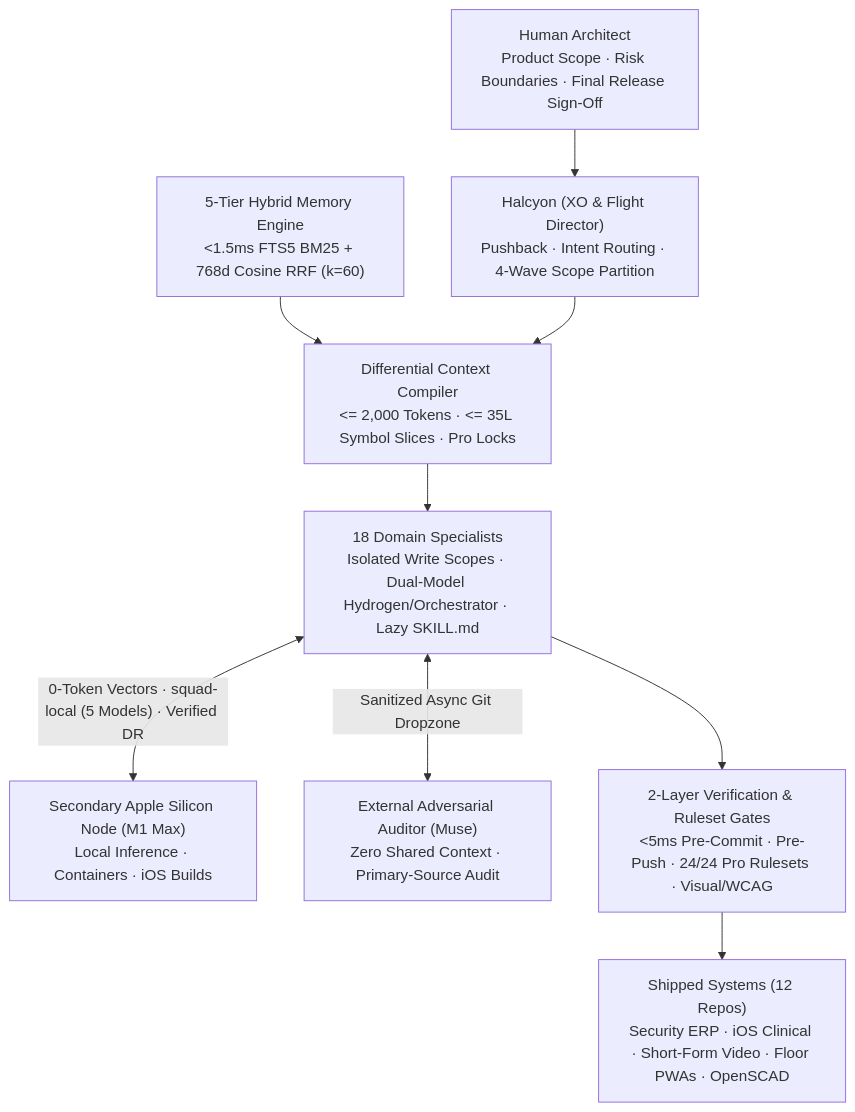
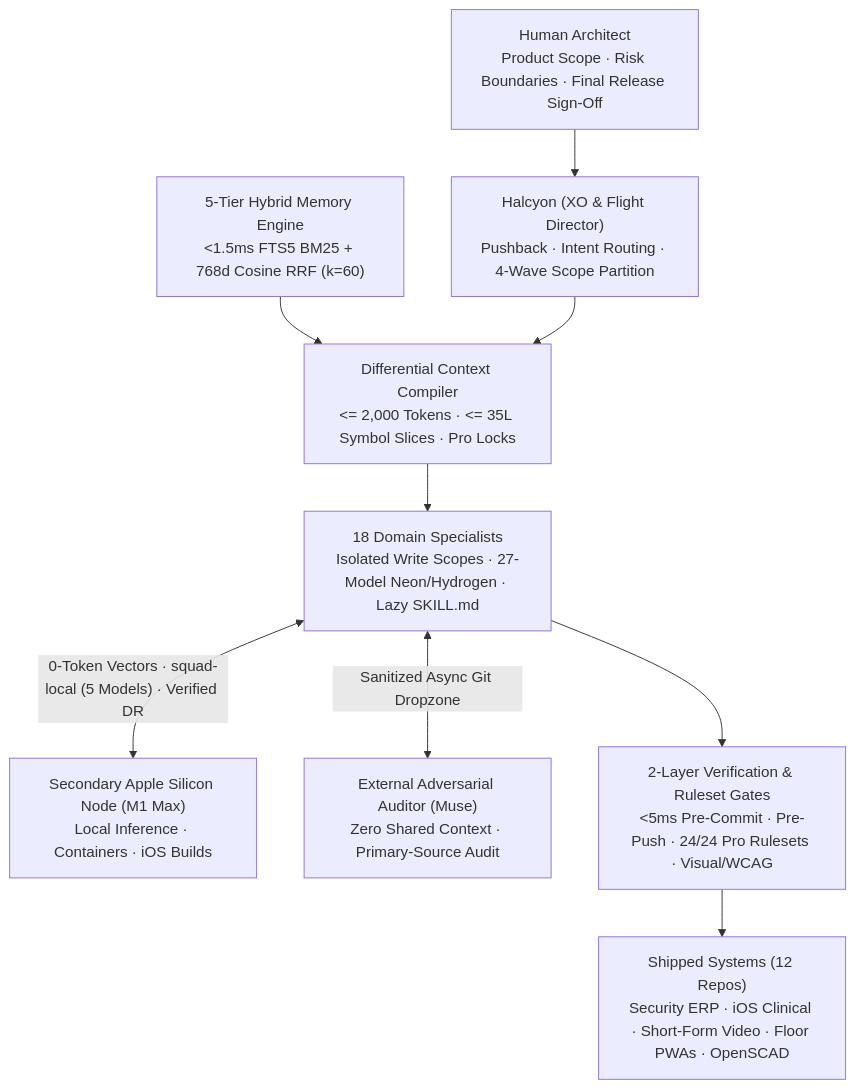
One commit to jhathcock-sys/Public-Showcase changed the first of 3 diagrams in 02_AI-Systems-Architecture/00-Cognitive-Architecture-Overview.md. Above: the diagram before and after it, drawn with Mermaid. The commit also changed other lines of this file and 5 other files, not shown here.

Commit message:
docs(showcase): sync 27-model Neon routing, 32.5M/325M telemetry, and <24KB rule hygiene

````diff
--- a/02_AI-Systems-Architecture/00-Cognitive-Architecture-Overview.md
+++ b/02_AI-Systems-Architecture/00-Cognitive-Architecture-Overview.md
@@ -28,14 +28,14 @@
 ```mermaid
 flowchart TB
     Human["Human Architect\nProduct Scope · Risk Boundaries · Final Release Sign-Off"] --> MC["Halcyon (XO & Flight Director)\nPushback · Intent Routing · 4-Wave Scope Partition"]
 
     Memory["5-Tier Hybrid Memory Engine\n<1.5ms FTS5 BM25 + 768d Cosine RRF (k=60)"] --> Context["Differential Context Compiler\n<= 2,000 Tokens · <= 35L Symbol Slices · Pro Locks"]
     MC --> Context
 
-    Context --> Squad["18 Domain Specialists\nIsolated Write Scopes · Dual-Model Hydrogen/Orchestrator · Lazy SKILL.md"]
+    Context --> Squad["18 Domain Specialists\nIsolated Write Scopes · 27-Model Neon/Hydrogen · Lazy SKILL.md"]
     Squad <-->|"0-Token Vectors · squad-local (5 Models) · Verified DR"| Node2["Secondary Apple Silicon Node (M1 Max)\nLocal Inference · Containers · iOS Builds"]
     Squad <-->|"Sanitized Async Git Dropzone"| Auditor["External Adversarial Auditor (Muse)\nZero Shared Context · Primary-Source Audit"]
 
     Squad --> Gates["2-Layer Verification & Ruleset Gates\n<5ms Pre-Commit · Pre-Push · 24/24 Pro Rulesets · Visual/WCAG"]
     Gates --> Prod["Shipped Systems (12 Repos)\nSecurity ERP · iOS Clinical · Short-Form Video · Floor PWAs · OpenSCAD"]
 ```
````
